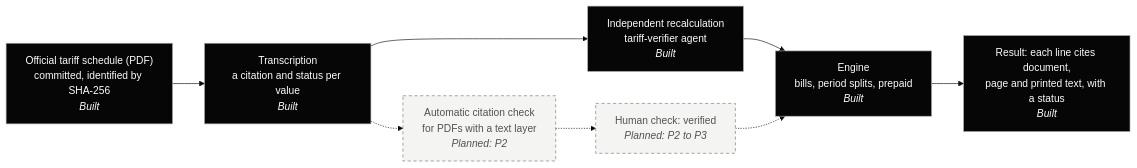
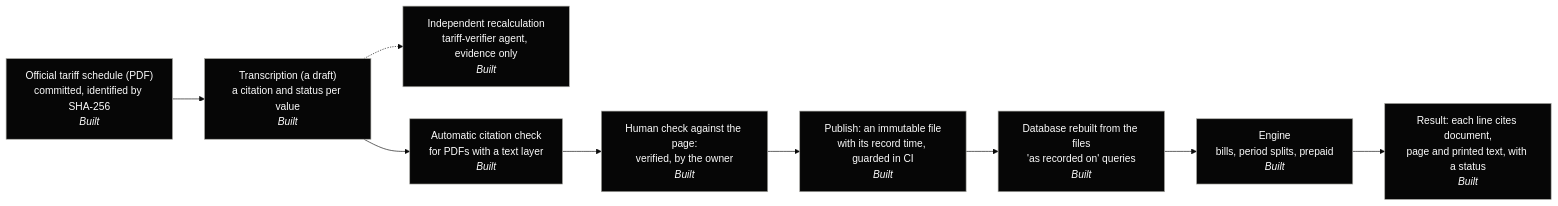
The first of 2 diagrams in README.md (Josh-Heath123/MuniSense), drawn with Mermaid (base theme) before and after one commit. The commit also changed other lines of this file and 2 other files, not shown here.

````diff
--- a/README.md
+++ b/README.md
@@ -67,14 +69,16 @@
 ```mermaid
 flowchart LR
   pdf["Official tariff schedule (PDF)<br/>committed, identified by SHA-256<br/><i>Built</i>"]:::built
-  draft["Transcription<br/>a citation and status per value<br/><i>Built</i>"]:::built
-  agent["Independent recalculation<br/>tariff-verifier agent<br/><i>Built</i>"]:::built
-  check["Automatic citation check<br/>for PDFs with a text layer<br/><i>Planned: P2</i>"]:::planned
-  human["Human check: verified<br/><i>Planned: P2 to P3</i>"]:::planned
+  draft["Transcription (a draft)<br/>a citation and status per value<br/><i>Built</i>"]:::built
+  agent["Independent recalculation<br/>tariff-verifier agent, evidence only<br/><i>Built</i>"]:::built
+  check["Automatic citation check<br/>for PDFs with a text layer<br/><i>Built</i>"]:::built
+  human["Human check against the page:<br/>verified, by the owner<br/><i>Built</i>"]:::built
+  publish["Publish: an immutable file<br/>with its record time, guarded in CI<br/><i>Built</i>"]:::built
+  db["Database rebuilt from the files<br/>'as recorded on' queries<br/><i>Built</i>"]:::built
   engine["Engine<br/>bills, period splits, prepaid<br/><i>Built</i>"]:::built
   bill["Result: each line cites document,<br/>page and printed text, with a status<br/><i>Built</i>"]:::built
-  pdf --> draft --> agent --> engine --> bill
-  draft -.-> check -.-> human -.-> engine
+  pdf --> draft --> check --> human --> publish --> db --> engine --> bill
+  draft -.-> agent
   classDef built fill:#060606,stroke:#A8A8A3,color:#FDFDFD
   classDef planned fill:#F4F4F2,stroke:#767671,stroke-dasharray:5 4,color:#52524E
 ```
````
